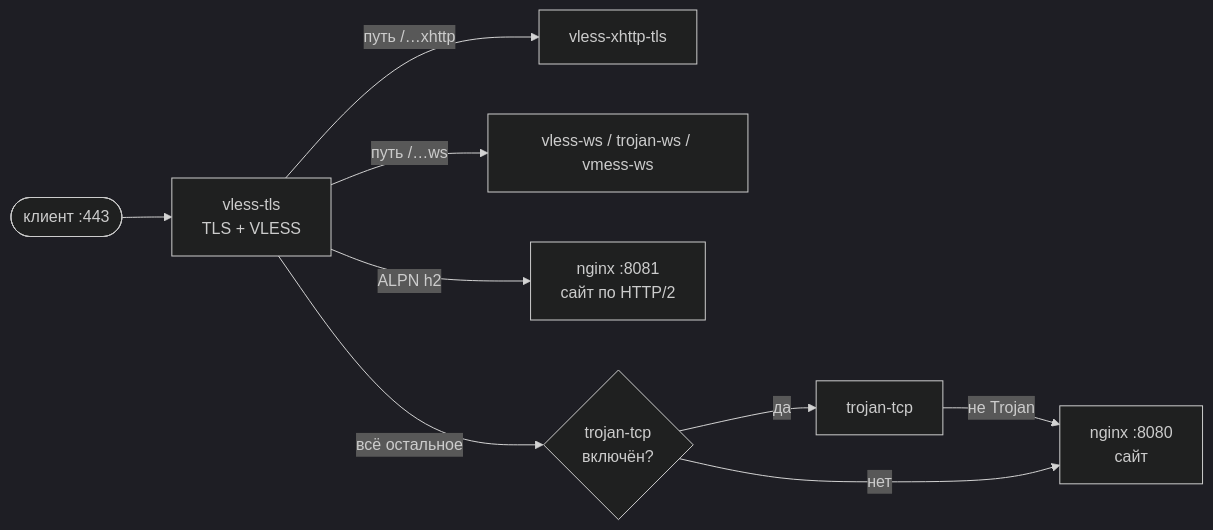
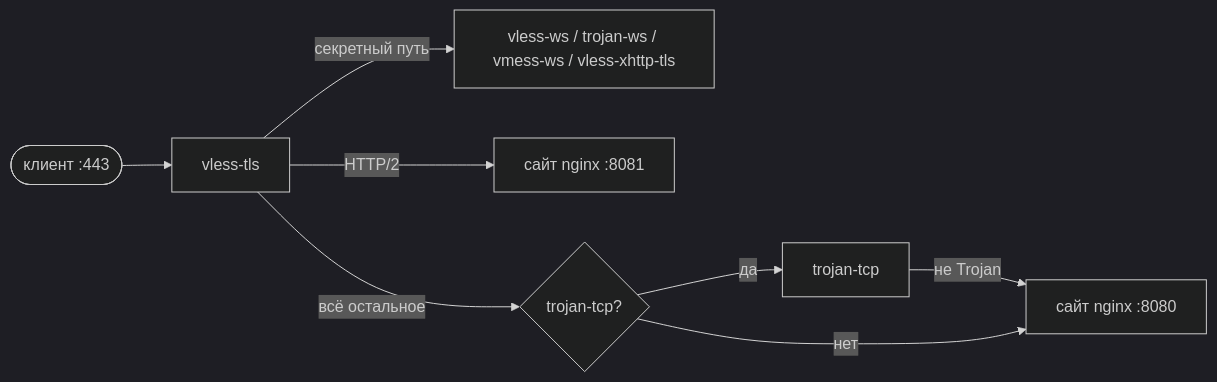
One commit to Shark-vil/xray_vless_easy_install_script changed the third of 4 diagrams in docs/ru/architecture.md. Above: the diagram before and after it, drawn with Mermaid (dark theme). The commit also changed other lines of this file and 29 other files, not shown here.

````diff
--- a/docs/ru/architecture.md
+++ b/docs/ru/architecture.md
@@ -55,10 +48,9 @@
 ```mermaid
 flowchart LR
-    C([клиент :443]) --> V[vless-tls<br/>TLS + VLESS]
-    V -- "путь /…xhttp" --> X[vless-xhttp-tls]
-    V -- "путь /…ws" --> W[vless-ws / trojan-ws / vmess-ws]
-    V -- "ALPN h2" --> N2[nginx :8081<br/>сайт по HTTP/2]
-    V -- "всё остальное" --> T{trojan-tcp<br/>включён?}
-    T -- да --> TR[trojan-tcp] -- не Trojan --> N1[nginx :8080<br/>сайт]
+    C([клиент :443]) --> V[vless-tls]
+    V -- "секретный путь" --> W[vless-ws / trojan-ws / vmess-ws / vless-xhttp-tls]
+    V -- "HTTP/2" --> N2[сайт nginx :8081]
+    V -- "всё остальное" --> T{trojan-tcp?}
+    T -- да --> TR[trojan-tcp] -- не Trojan --> N1[сайт nginx :8080]
     T -- нет --> N1
 ```
````
